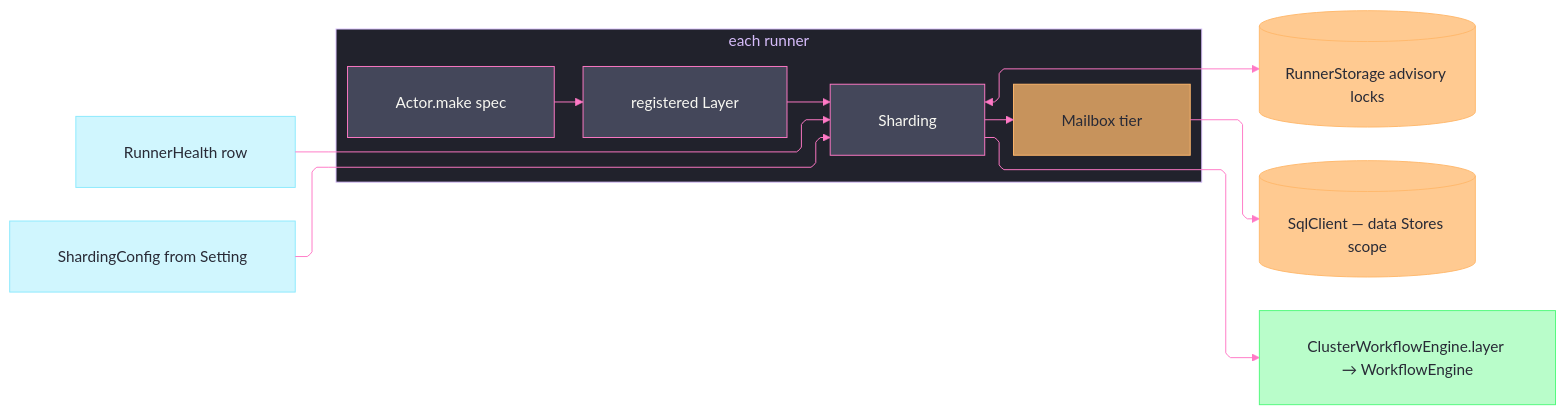
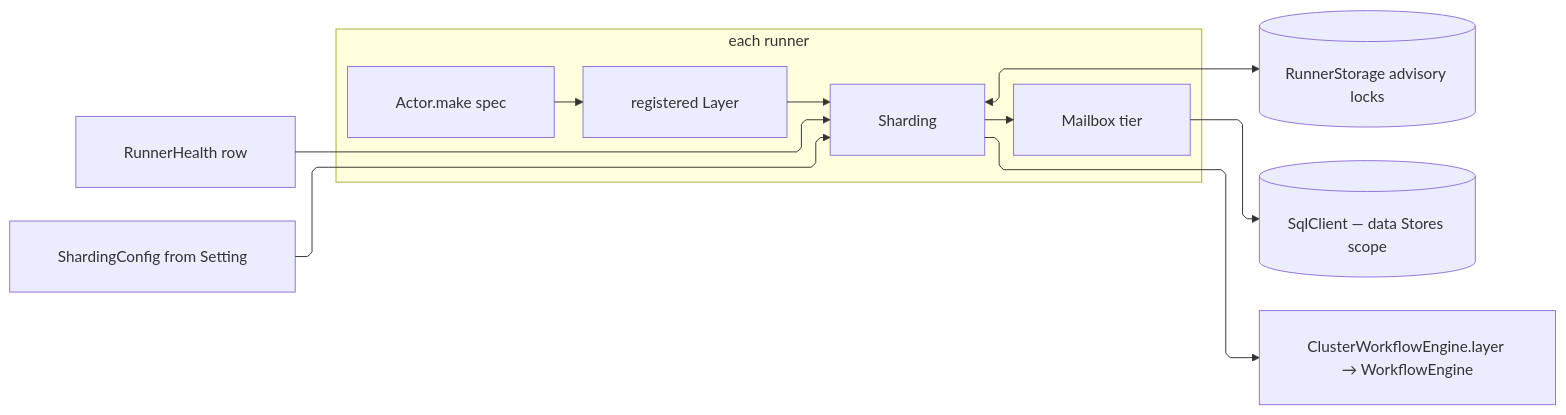
Before and after one commit to bsamiee/Rasm: the diagram in libs/typescript/runtime/.planning/work/entity.md, drawn with Mermaid. The commit also changed other lines of this file and 324 other files, not shown here.

````diff
--- a/libs/typescript/runtime/.planning/work/entity.md
+++ b/libs/typescript/runtime/.planning/work/entity.md
@@ -236,49 +236,22 @@
 ```mermaid
 ---
 config:
-  theme: base
-  look: classic
   layout: elk
   flowchart:
     curve: linear
     padding: 25
-  themeVariables:
-    darkMode: true
-    fontFamily: "SF Mono, Menlo, Cascadia Mono, Segoe UI Mono, Consolas, monospace"
-    useGradient: false
-    dropShadow: "none"
-    background: "#282A36"
-    primaryColor: "#44475A"
-    primaryTextColor: "#F8F8F2"
-    primaryBorderColor: "#BD93F9"
-    lineColor: "#FF79C6"
-    textColor: "#F8F8F2"
-    titleColor: "#D6BCFA"
-    clusterBkg: "#21222C"
-    clusterBorder: "#D6BCFA"
-    edgeLabelBackground: "#21222C"
-    labelBackgroundColor: "#21222C"
-  themeCSS: ".nodeLabel{font-size:13px;font-weight:500}.edgeLabel{font-size:12px;font-weight:500}.cluster-label .nodeLabel{font-size:13.5px;font-weight:700;letter-spacing:.08em}.edge-thickness-normal{stroke-width:2px}.edge-thickness-thick{stroke-width:3px}.edge-pattern-dashed,.edge-pattern-dotted{stroke-width:1.5px;stroke-dasharray:4 6}.node rect,.node circle,.node polygon,.node path,.node .outer-path{stroke-width:1.5px;filter:none!important}.cluster rect{stroke-width:1px!important;stroke-dasharray:5 4!important;filter:none!important}.marker path{transform:scale(.8);transform-origin:5px 5px}.marker circle{transform:scale(.48);transform-origin:5px 5px}.edgeLabel rect{transform-box:fill-box;transform-origin:center;transform:scale(1.1,1.2)}"
 ---
 flowchart LR
   accTitle: Durable actor grid composition
   accDescr: Actor declarations register into sharding, which composes mailbox persistence, advisory-lock ownership, runner health, configuration, and the cluster workflow engine.
   subgraph runner[each runner]
     A[Actor.make spec] --> B[registered Layer]
     B --> S[Sharding]
     S --> M[Mailbox tier]
   end
   S <--> L[(RunnerStorage advisory locks)]
   M --> Q[(SqlClient — data Stores scope)]
   H[RunnerHealth row] --> S
   E[ShardingConfig from Setting] --> S
   S --> W[ClusterWorkflowEngine.layer → WorkflowEngine]
-  classDef primary fill:#44475A,stroke:#FF79C6,color:#F8F8F2
-  classDef data fill:#FFB86CBF,stroke:#FFB86C,color:#282A36
-  classDef external fill:#8BE9FD66,stroke:#8BE9FD,color:#282A36
-  classDef success fill:#50FA7B66,stroke:#50FA7B,color:#282A36
-  class A,B,S primary
-  class M,L,Q data
-  class H,E external
-  class W success
 ```
````
